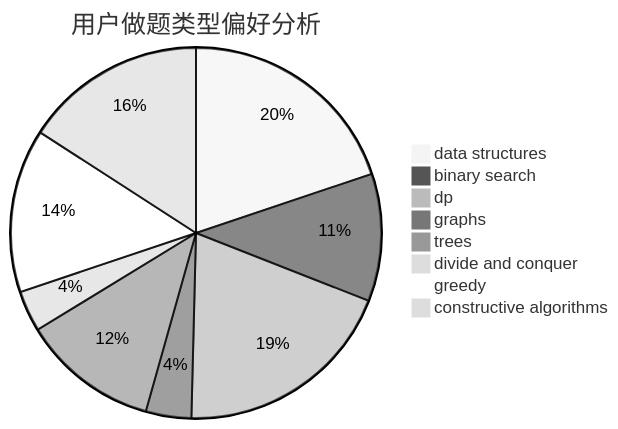
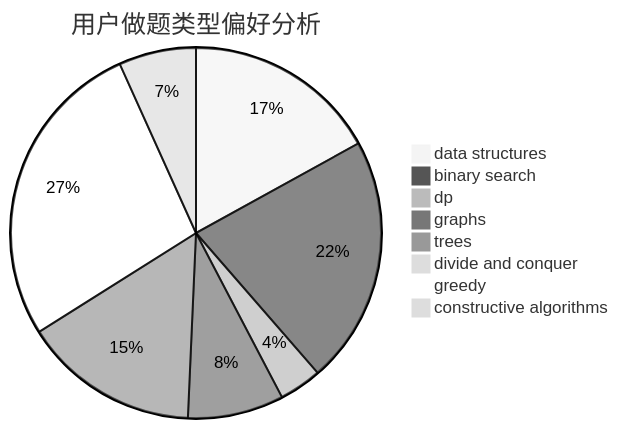
Before and after one commit to sherpahu/cfrs.github.io: the second of 3 diagrams in docs/user/u1150.md, drawn with Mermaid (neutral theme). The commit also changed other lines of this file and 2770 other files, not shown here.

````diff
--- a/docs/user/u1150.md
+++ b/docs/user/u1150.md
@@ -23,11 +23,11 @@
 ```mermaid
 pie title 用户做题类型偏好分析
-    "data structures" :  50
-    "binary search" :  28
-    "dp" :  49
-    "graphs" :  10
-    "trees" :  30
-    "divide and conquer" :  9
-    "greedy" :  36
-    "constructive algorithms" :  40
+    "data structures" :  73
+    "binary search" :  93
+    "dp" :  16
+    "graphs" :  36
+    "trees" :  66
+    "divide and conquer" :  1
+    "greedy" :  117
+    "constructive algorithms" :  29
 ```
````
